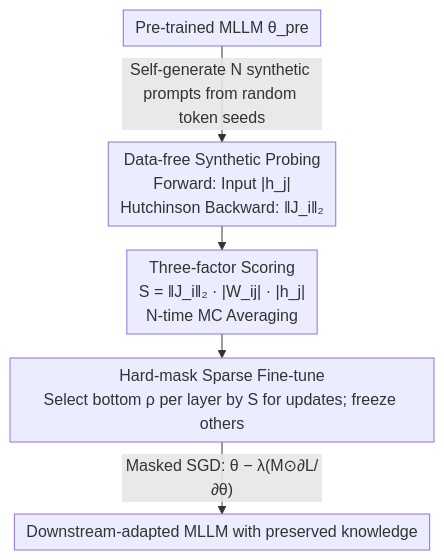
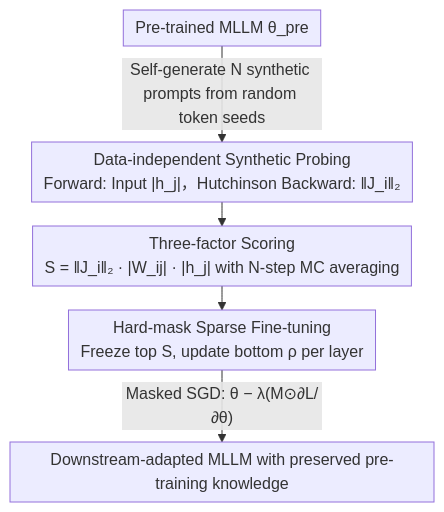
The diagram in docs/ICML2026/multimodal_vlm/model-dowser_data-free_importance_probing_to_mitigate_catastrophic_forgetting_in.md (zhaoyang97/Paper-Notes-en), drawn with Mermaid before and after one commit. The commit also changed other lines of this file and 5084 other files, not shown here.

````diff
--- a/docs/ICML2026/multimodal_vlm/model-dowser_data-free_importance_probing_to_mitigate_catastrophic_forgetting_in.md
+++ b/docs/ICML2026/multimodal_vlm/model-dowser_data-free_importance_probing_to_mitigate_catastrophic_forgetting_in.md
@@ -42,8 +42,8 @@
 ```mermaid
 %%{init: {'flowchart': {'rankSpacing': 24, 'nodeSpacing': 28, 'padding': 6, 'wrappingWidth': 400}}}%%
 flowchart TD
-    A["Pre-trained MLLM θ_pre"] -->|Self-generate N synthetic prompts from random token seeds| B["Data-free Synthetic Probing<br/>Forward: Input |h_j|<br/>Hutchinson Backward: ‖J_i‖₂"]
-    B --> C["Three-factor Scoring<br/>S = ‖J_i‖₂ · |W_ij| · |h_j|<br/>N-time MC Averaging"]
-    C --> D["Hard-mask Sparse Fine-tune<br/>Select bottom ρ per layer by S for updates; freeze others"]
-    D -->|"Masked SGD: θ − λ(M⊙∂L/∂θ)"| E["Downstream-adapted MLLM with preserved knowledge"]
+    A["Pre-trained MLLM θ_pre"] -->|Self-generate N synthetic prompts from random token seeds| B["Data-independent Synthetic Probing<br/>Forward: Input |h_j|，Hutchinson Backward: ‖J_i‖₂"]
+    B --> C["Three-factor Scoring<br/>S = ‖J_i‖₂ · |W_ij| · |h_j| with N-step MC averaging"]
+    C --> D["Hard-mask Sparse Fine-tuning<br/>Freeze top S, update bottom ρ per layer"]
+    D -->|"Masked SGD: θ − λ(M⊙∂L/∂θ)"| E["Downstream-adapted MLLM with preserved pre-training knowledge"]
 ```
````
